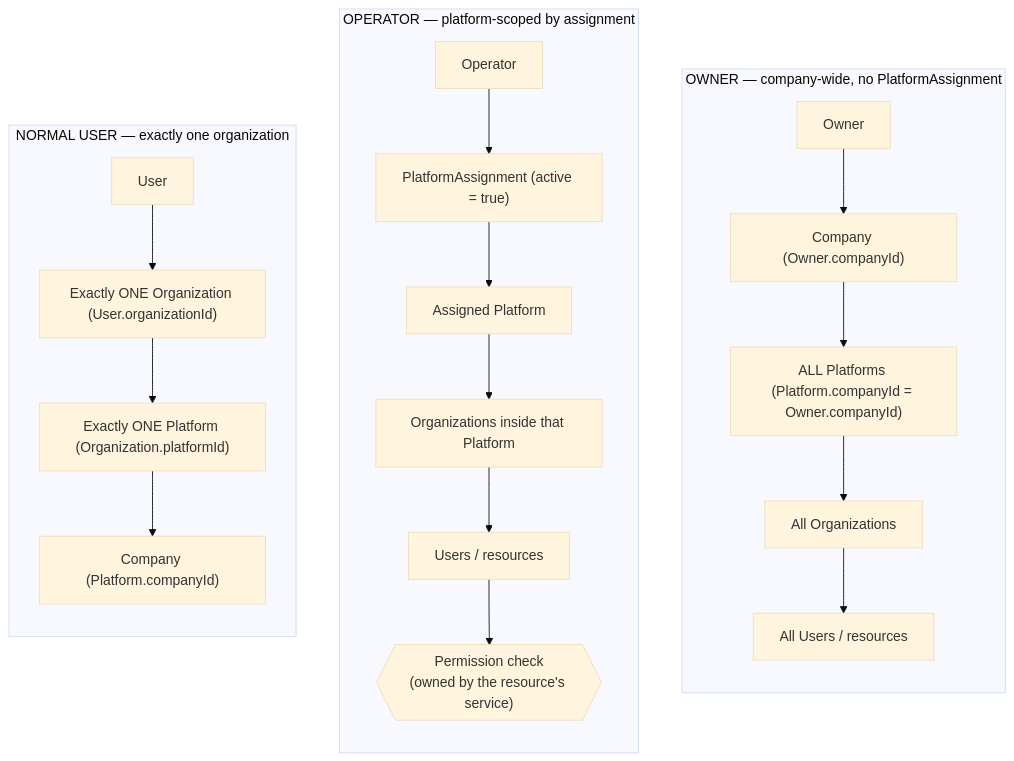
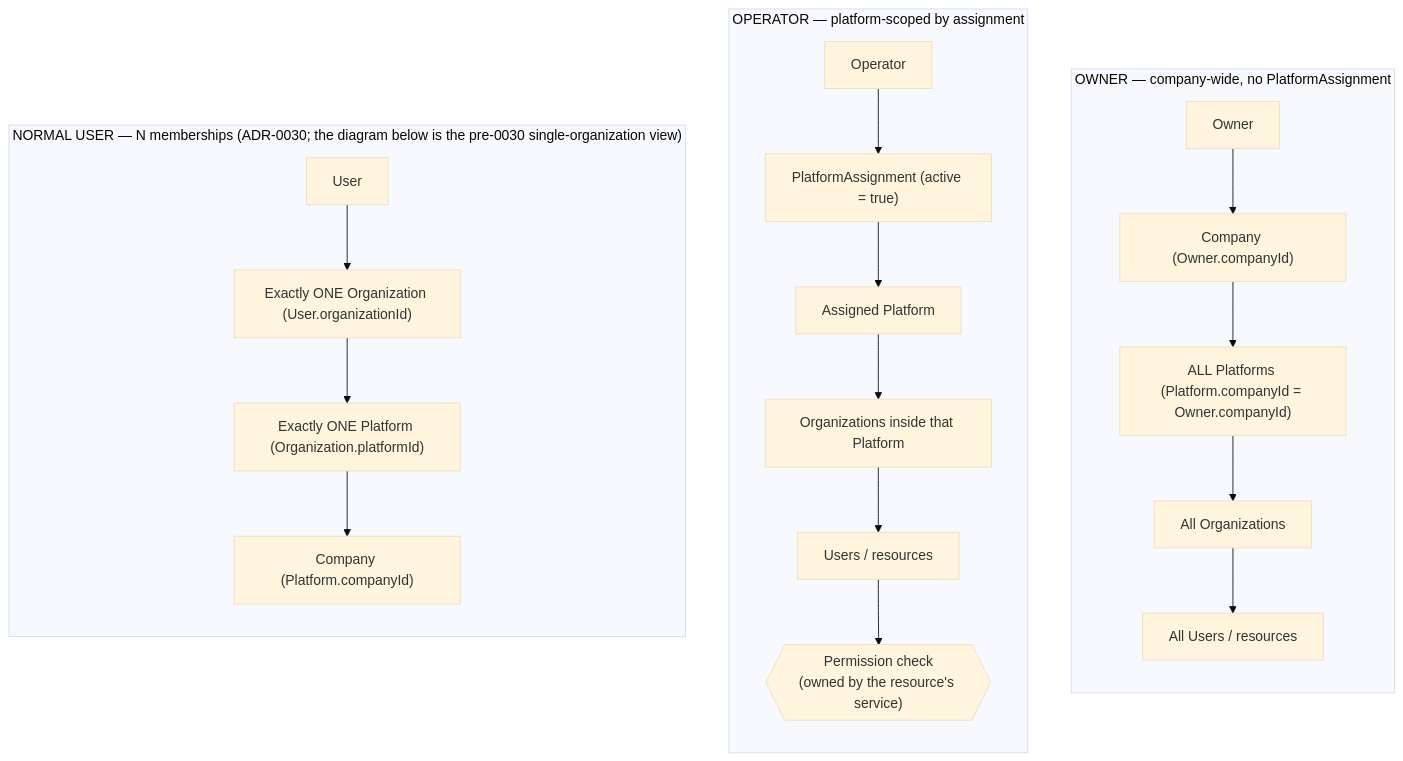
Before and after one commit to nawara-solutions/nawara-core: the third of 24 diagrams in docs/sdd/auth-service.md, drawn with Mermaid (base theme). The commit also changed other lines of this file and 35 other files, not shown here.

First line of the commit message:
feat(auth-service): let one user hold memberships in many organizations

````diff
--- a/docs/sdd/auth-service.md
+++ b/docs/sdd/auth-service.md
@@ -884,15 +884,15 @@
 ```mermaid
 flowchart TB
     subgraph OWNER["OWNER — company-wide, no PlatformAssignment"]
       direction TB
       O1[Owner] --> O2["Company (Owner.companyId)"] --> O3["ALL Platforms (Platform.companyId = Owner.companyId)"] --> O4[All Organizations] --> O5["All Users / resources"]
     end
     subgraph OPERATOR["OPERATOR — platform-scoped by assignment"]
       direction TB
       P1[Operator] --> P2["PlatformAssignment (active = true)"] --> P3[Assigned Platform] --> P4["Organizations inside that Platform"] --> P5["Users / resources"] --> P6{{"Permission check<br/>(owned by the resource's service)"}}
     end
-    subgraph MEMBER["NORMAL USER — exactly one organization"]
+    subgraph MEMBER["NORMAL USER — N memberships (ADR-0030; the diagram below is the pre-0030 single-organization view)"]
       direction TB
       U1[User] --> U2["Exactly ONE Organization (User.organizationId)"] --> U3["Exactly ONE Platform (Organization.platformId)"] --> U4["Company (Platform.companyId)"]
     end
 ```
````
